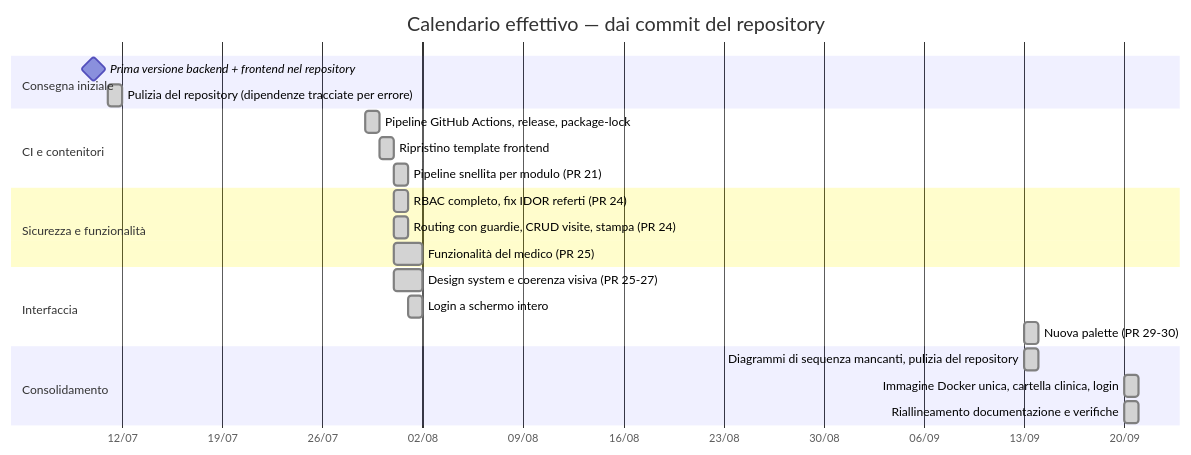
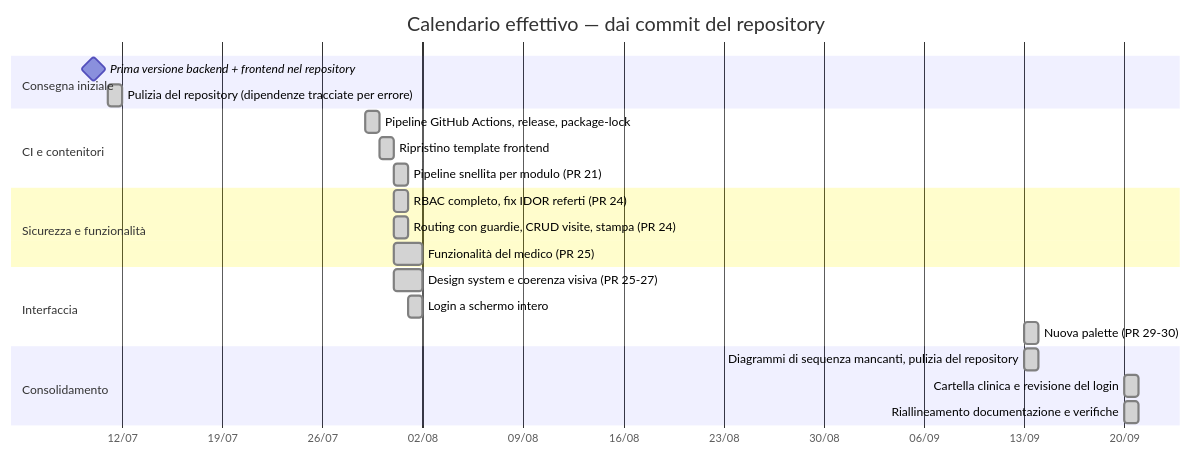
Before and after one commit to acapodanno/project-work-l-31: the second of 2 diagrams in doc/7-Pianificazione_Fasi.md, drawn with Mermaid. The commit also changed 12 other files, not shown here.

````diff
--- a/doc/7-Pianificazione_Fasi.md
+++ b/doc/7-Pianificazione_Fasi.md
@@ -77,26 +77,26 @@
 ```mermaid
 gantt
     title Calendario effettivo — dai commit del repository
     dateFormat  YYYY-MM-DD
     axisFormat  %d/%m
 
     section Consegna iniziale
     Prima versione backend + frontend nel repository :milestone, m1, 2026-07-10, 0d
     Pulizia del repository (dipendenze tracciate per errore) :done, a1, 2026-07-11, 1d
     section CI e contenitori
     Pipeline GitHub Actions, release, package-lock :done, c1, 2026-07-29, 1d
     Ripristino template frontend                    :done, c2, 2026-07-30, 1d
     Pipeline snellita per modulo (PR 21)            :done, c3, 2026-07-31, 1d
     section Sicurezza e funzionalità
     RBAC completo, fix IDOR referti (PR 24)         :done, s1, 2026-07-31, 1d
     Routing con guardie, CRUD visite, stampa (PR 24) :done, s2, 2026-07-31, 1d
     Funzionalità del medico (PR 25)                 :done, s3, 2026-07-31, 2d
     section Interfaccia
     Design system e coerenza visiva (PR 25-27)      :done, u1, 2026-07-31, 2d
     Login a schermo intero                          :done, u2, 2026-08-01, 1d
     Nuova palette (PR 29-30)                        :done, u3, 2026-09-13, 1d
     section Consolidamento
     Diagrammi di sequenza mancanti, pulizia del repository :done, k1, 2026-09-13, 1d
-    Immagine Docker unica, cartella clinica, login  :done, k2, 2026-09-20, 1d
+    Cartella clinica e revisione del login       :done, k2, 2026-09-20, 1d
     Riallineamento documentazione e verifiche       :done, k3, 2026-09-20, 1d
 ```
````
